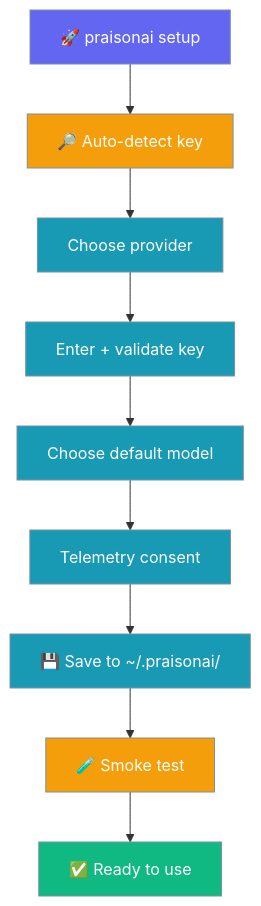
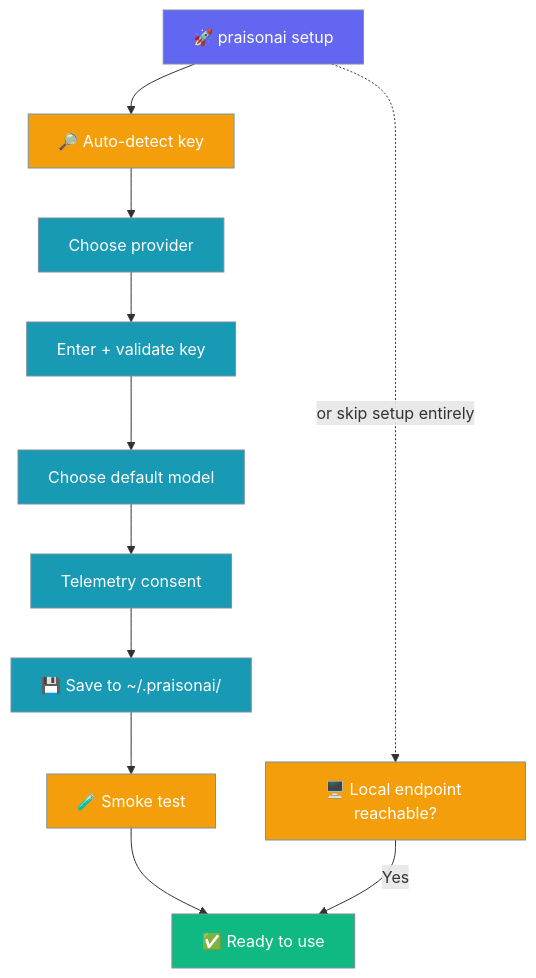
The first of 2 diagrams in docs/cli/setup.mdx (MervinPraison/PraisonAIDocs), drawn with Mermaid before and after one commit. The commit also changed other lines of this file and 7 other files, not shown here.

````diff
--- a/docs/cli/setup.mdx
+++ b/docs/cli/setup.mdx
@@ -14,22 +18,27 @@
 ```mermaid
 graph TB
     A[🚀 praisonai setup] --> AD[🔎 Auto-detect key]
     AD --> B[Choose provider]
     B --> C[Enter + validate key]
     C --> D[Choose default model]
     D --> E[Telemetry consent]
     E --> F[💾 Save to ~/.praisonai/]
     F --> S[🧪 Smoke test]
     S --> G[✅ Ready to use]
 
+    A -. or skip setup entirely .-> L[🖥️ Local endpoint reachable?]
+    L -->|Yes| G
+
     classDef start fill:#6366F1,stroke:#7C90A0,color:#fff
     classDef step fill:#189AB4,stroke:#7C90A0,color:#fff
     classDef new fill:#F59E0B,stroke:#7C90A0,color:#fff
     classDef save fill:#189AB4,stroke:#7C90A0,color:#fff
     classDef done fill:#10B981,stroke:#7C90A0,color:#fff
+    classDef local fill:#F59E0B,stroke:#7C90A0,color:#fff
 
     class A start
     class AD,S new
     class B,C,D,E,F step
     class G done
+    class L local
 ```
````
